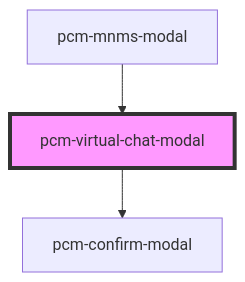
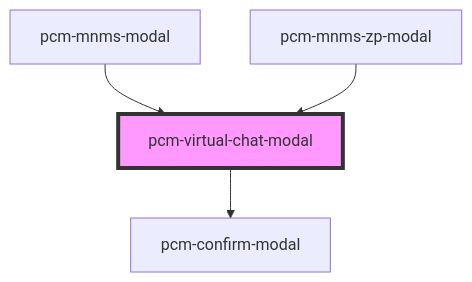
Before and after one commit to Pincaimao/pcm-agents-sdk: the diagram in packages/pcm-agents/docs/components/pcm-virtual-chat-modal/readme.md, drawn with Mermaid. The commit also changed other lines of this file and 13 other files, not shown here.

````diff
--- a/packages/pcm-agents/docs/components/pcm-virtual-chat-modal/readme.md
+++ b/packages/pcm-agents/docs/components/pcm-virtual-chat-modal/readme.md
@@ -55,6 +47,7 @@
 ```mermaid
 graph TD;
   pcm-virtual-chat-modal --> pcm-confirm-modal
   pcm-mnms-modal --> pcm-virtual-chat-modal
+  pcm-mnms-zp-modal --> pcm-virtual-chat-modal
   style pcm-virtual-chat-modal fill:#f9f,stroke:#333,stroke-width:4px
 ```
````
